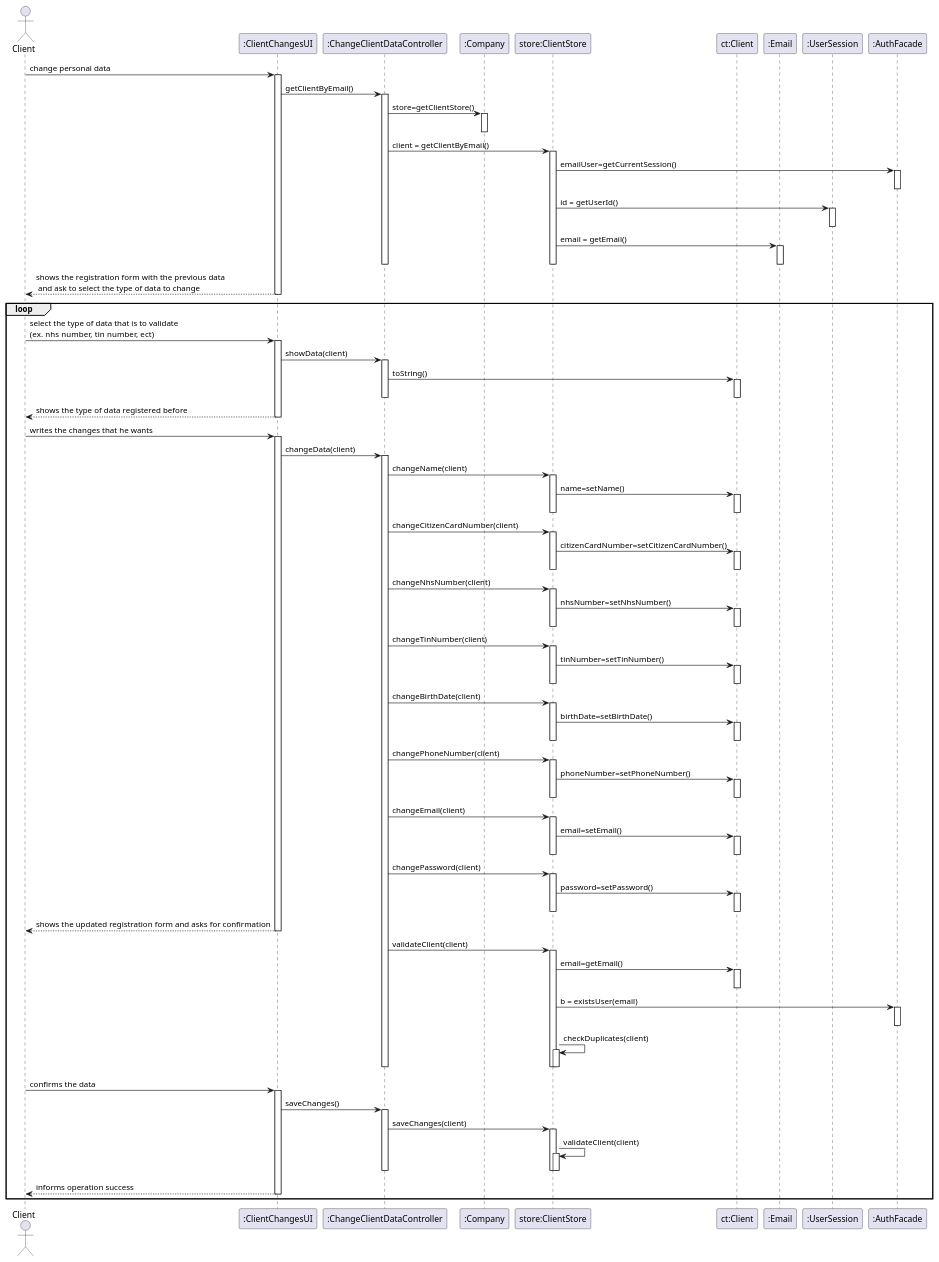
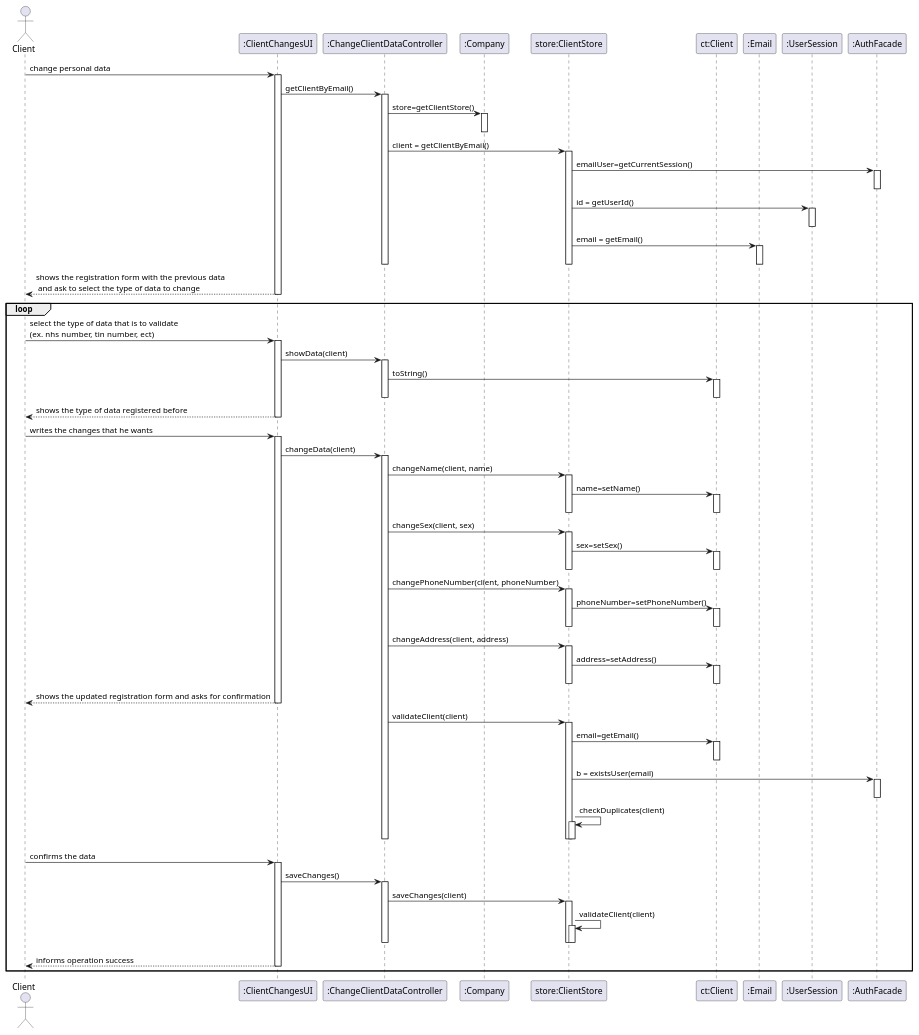
Before and after one commit to GuilhermeCunha79/lapr2: the diagram in docs/SprintD/US2/US02_SD.puml, drawn with PlantUML. The commit also changed 9 other files, not shown here.

```diff
--- a/docs/SprintD/US2/US02_SD.puml
+++ b/docs/SprintD/US2/US02_SD.puml
@@ -1,167 +1,138 @@
 @startuml
 'https://plantuml.com/sequence-diagram
 
 actor Client as CLT
 participant ":ClientChangesUI" as UI
 participant ":ChangeClientDataController" as CTRL
 participant ":Company" as COMP
 participant "store:ClientStore" as STR
 participant "ct:Client" as CL
 participant ":Email" as EM
 participant ":UserSession" as US
 participant ":AuthFacade" as AF
 
 CLT -> UI : change personal data
 activate UI
 UI-> CTRL : getClientByEmail()
 activate CTRL
 CTRL-> COMP : store=getClientStore()
 activate COMP
 deactivate COMP
 CTRL->STR : client = getClientByEmail()
 activate STR
 STR-> AF :emailUser=getCurrentSession()
 activate AF
 deactivate AF
 STR -> US : id = getUserId()
 activate US
 deactivate US
 
 
 STR->EM: email = getEmail()
 activate EM
 deactivate EM
 deactivate STR
 
 
 deactivate STR
 
 
 deactivate CTRL
 
 
 
 UI--> CLT : shows the registration form with the previous data \n and ask to select the type of data to change
 
 
 deactivate UI
 
 
 
 
 
 
 
 
 loop
 CLT -> UI : select the type of data that is to validate\n(ex. nhs number, tin number, ect)
 activate UI
 UI-> CTRL : showData(client)
 activate CTRL
 CTRL->CL : toString()
 activate CL
 deactivate CL
 deactivate CTRL
 UI--> CLT : shows the type of data registered before
 
 deactivate UI
 
 CLT -> UI : writes the changes that he wants
 activate UI
 UI-> CTRL : changeData(client)
 activate CTRL
 
-CTRL->STR :changeName(client)
+CTRL->STR :changeName(client, name)
 activate STR
 STR->CL : name=setName()
 activate CL
 deactivate CL
 deactivate STR
 
-
-CTRL->STR :changeCitizenCardNumber(client)
+CTRL->STR :changeSex(client, sex)
 activate STR
-STR->CL : citizenCardNumber=setCitizenCardNumber()
+STR->CL : sex=setSex()
 activate CL
 deactivate CL
 deactivate STR
 
-CTRL->STR :changeNhsNumber(client)
-activate STR
-STR->CL : nhsNumber=setNhsNumber()
-activate CL
-deactivate CL
-deactivate STR
 
-CTRL->STR :changeTinNumber(client)
-activate STR
-STR->CL : tinNumber=setTinNumber()
-activate CL
-deactivate CL
-deactivate STR
-
-CTRL->STR :changeBirthDate(client)
-activate STR
-STR->CL : birthDate=setBirthDate()
-activate CL
-deactivate CL
-deactivate STR
-
-CTRL->STR :changePhoneNumber(client)
+CTRL->STR :changePhoneNumber(client, phoneNumber)
 activate STR
 STR->CL : phoneNumber=setPhoneNumber()
 activate CL
 deactivate CL
 deactivate STR
 
-CTRL->STR :changeEmail(client)
+CTRL->STR :changeAddress(client, address)
 activate STR
-STR->CL : email=setEmail()
+STR->CL : address=setAddress()
 activate CL
 deactivate CL
 deactivate STR
-
-CTRL->STR :changePassword(client)
-activate STR
-STR->CL : password=setPassword()
-activate CL
-deactivate CL
-deactivate STR
-
 
 UI--> CLT : shows the updated registration form and asks for confirmation
 deactivate UI
 CTRL -> STR : validateClient(client)
 
         activate STR
         STR -> CL : email=getEmail()
         activate CL
         deactivate CL
         STR -> AF : b = existsUser(email)
         activate AF
         deactivate AF
         STR -> STR : checkDuplicates(client)
         activate STR
         deactivate STR
         deactivate STR
         deactivate CTRL
 
 
 
 CLT -> UI : confirms the data
 activate UI
 UI-> CTRL : saveChanges()
 activate CTRL
 CTRL-> STR : saveChanges(client)
 activate STR
 STR->STR : validateClient(client)
 activate STR
 deactivate STR
 deactivate STR
 deactivate CTRL
 
 UI--> CLT : informs operation success
 deactivate UI
 end
 
 @enduml
```
